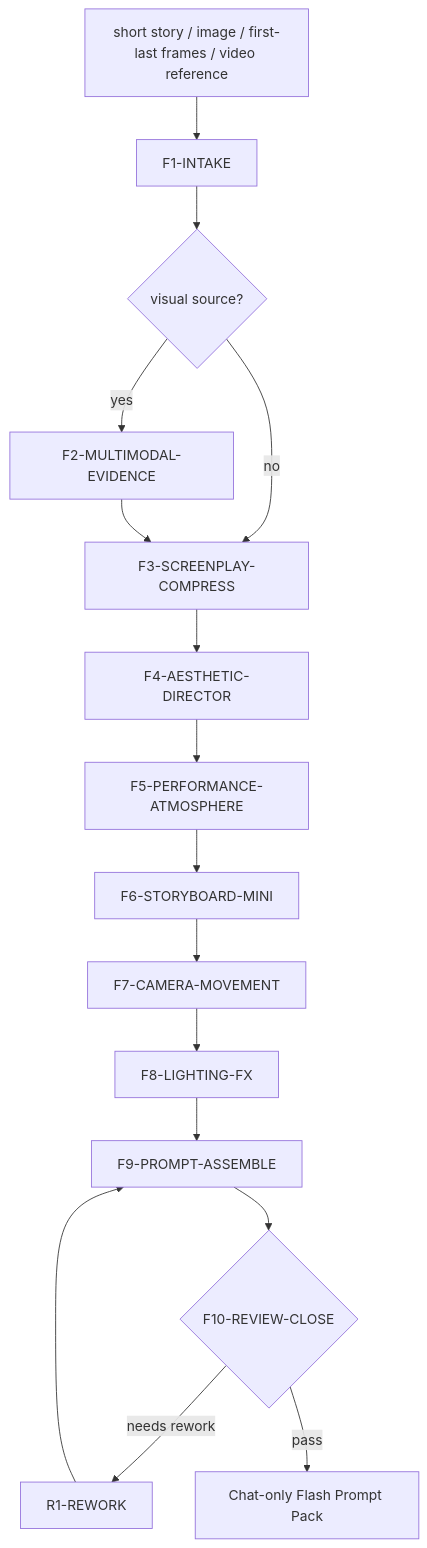
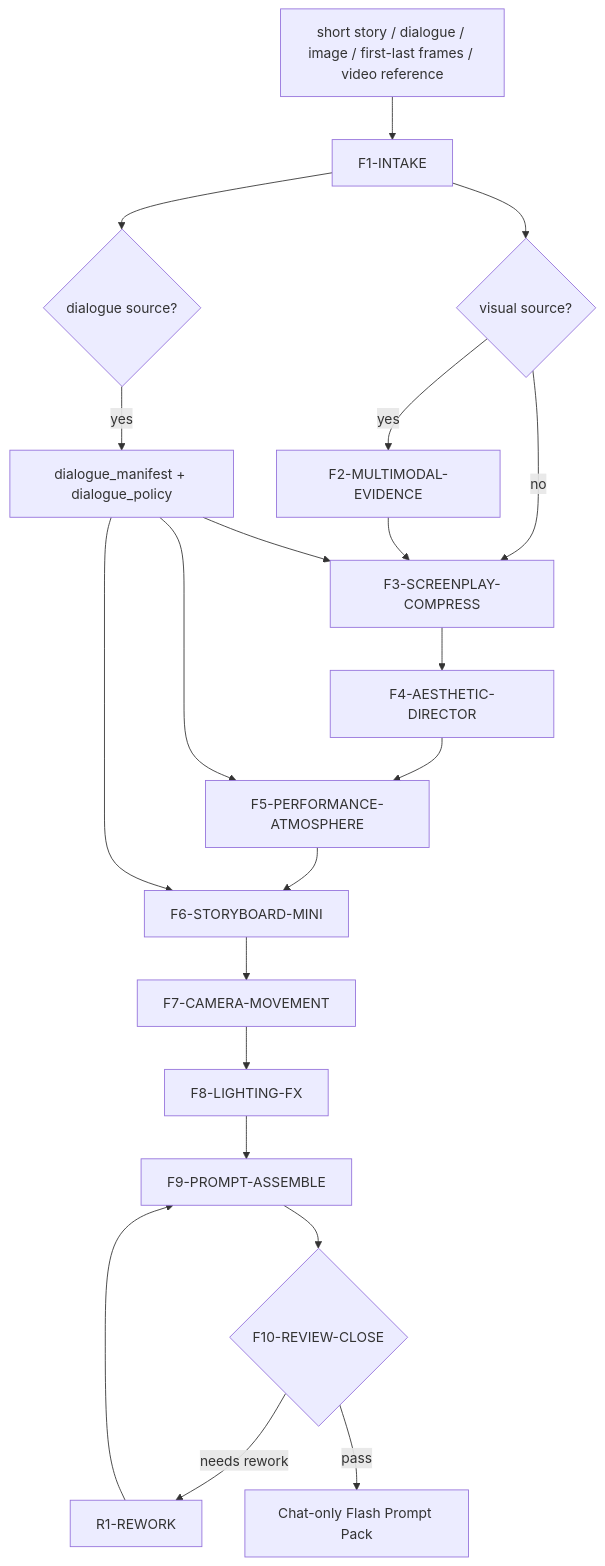
One commit to ZEN-VOID/AI-CUT changed the diagram in .agents/skills/aigc/flash/SKILL.md. Above: the diagram before and after it, drawn with Mermaid. The commit also changed other lines of this file and 83 other files, not shown here.

````diff
--- a/.agents/skills/aigc/flash/SKILL.md
+++ b/.agents/skills/aigc/flash/SKILL.md
@@ -198,18 +214,23 @@
 ```mermaid
 flowchart TD
-    A["short story / image / first-last frames / video reference"] --> B["F1-INTAKE"]
+    A["short story / dialogue / image / first-last frames / video reference"] --> B["F1-INTAKE"]
     B --> C{"visual source?"}
+    B --> DIA{"dialogue source?"}
+    DIA -->|"yes"| DP["dialogue_manifest + dialogue_policy"]
     C -->|"yes"| D["F2-MULTIMODAL-EVIDENCE"]
     C -->|"no"| E["F3-SCREENPLAY-COMPRESS"]
     D --> E
+    DP --> E
     E --> F["F4-AESTHETIC-DIRECTOR"]
     F --> G["F5-PERFORMANCE-ATMOSPHERE"]
+    DP --> G
     G --> H["F6-STORYBOARD-MINI"]
+    DP --> H
     H --> I["F7-CAMERA-MOVEMENT"]
     I --> J["F8-LIGHTING-FX"]
     J --> K["F9-PROMPT-ASSEMBLE"]
     K --> L{"F10-REVIEW-CLOSE"}
     L -->|"needs rework"| R["R1-REWORK"]
     R --> K
     L -->|"pass"| M["Chat-only Flash Prompt Pack"]
 ```
````
